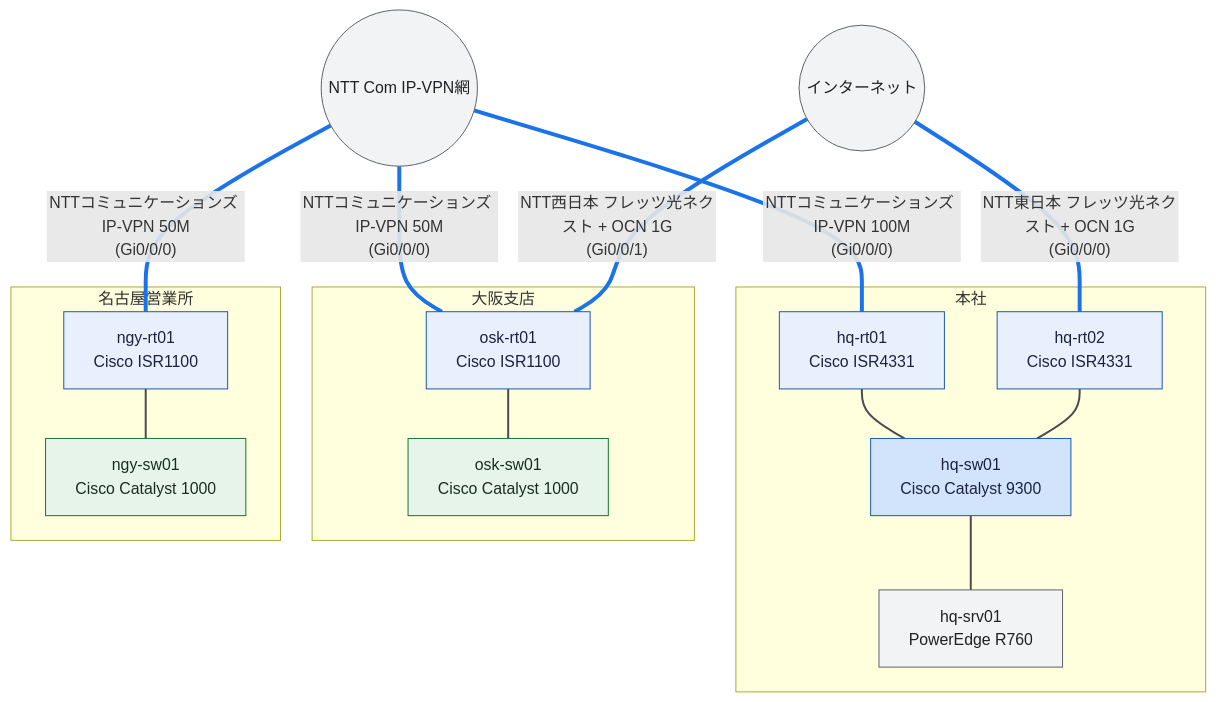
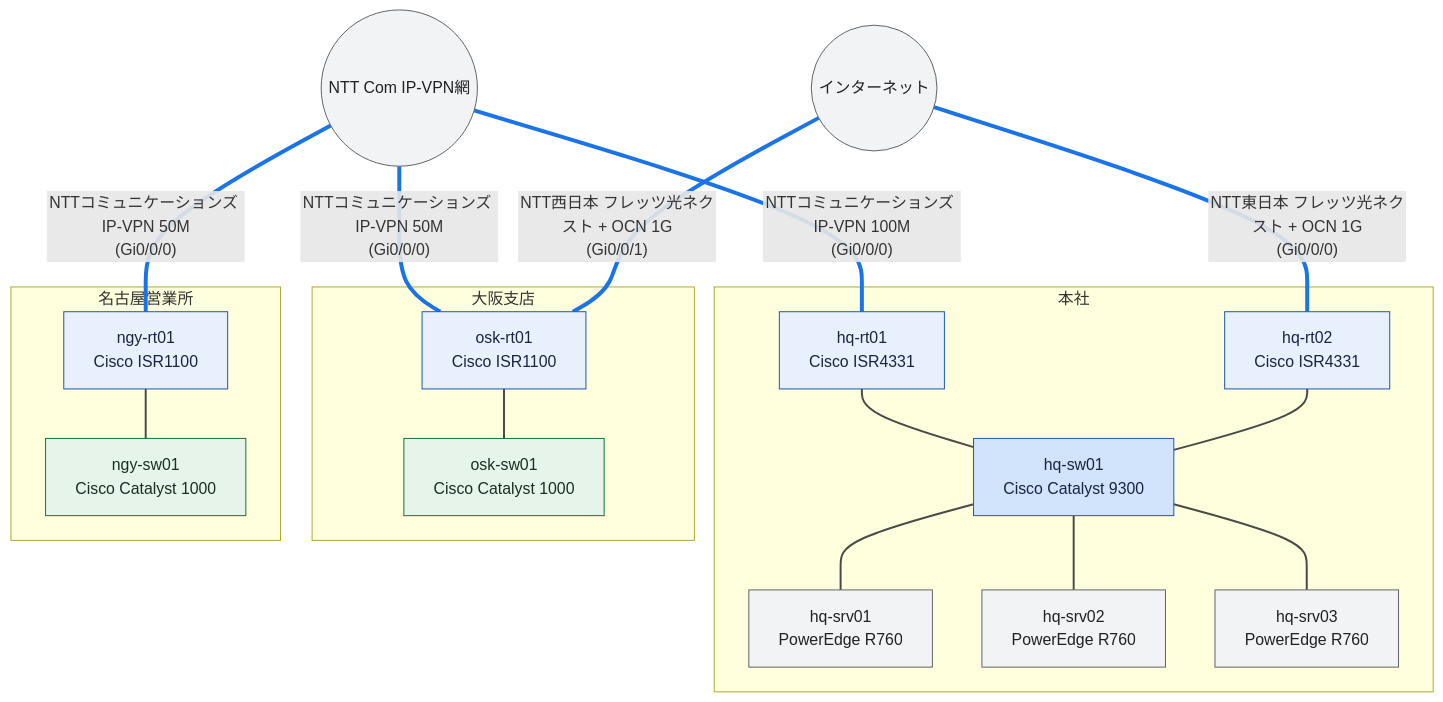
Before and after one commit to thinas1115/nwdsl: the diagram in examples/sample-corp/generated/physical-all.mmd, drawn with Mermaid. The commit also changed 25 other files, not shown here.

```diff
--- a/examples/sample-corp/generated/physical-all.mmd
+++ b/examples/sample-corp/generated/physical-all.mmd
@@ -1,46 +1,50 @@
 flowchart TB
   subgraph sg_hq["本社"]
     hq_rt01["hq-rt01<br>Cisco ISR4331"]
     hq_sw01["hq-sw01<br>Cisco Catalyst 9300"]
     hq_rt02["hq-rt02<br>Cisco ISR4331"]
     hq_srv01["hq-srv01<br>PowerEdge R760"]
+    hq_srv02["hq-srv02<br>PowerEdge R760"]
+    hq_srv03["hq-srv03<br>PowerEdge R760"]
   end
   subgraph sg_osk["大阪支店"]
     osk_rt01["osk-rt01<br>Cisco ISR1100"]
     osk_sw01["osk-sw01<br>Cisco Catalyst 1000"]
   end
   subgraph sg_ngy["名古屋営業所"]
     ngy_rt01["ngy-rt01<br>Cisco ISR1100"]
     ngy_sw01["ngy-sw01<br>Cisco Catalyst 1000"]
   end
   ipvpn(("NTT Com IP-VPN網"))
   internet(("インターネット"))
   hq_rt01 --- hq_sw01
   hq_rt02 --- hq_sw01
   osk_rt01 --- osk_sw01
   ngy_rt01 --- ngy_sw01
   hq_sw01 --- hq_srv01
+  hq_sw01 --- hq_srv02
+  hq_sw01 --- hq_srv03
   ipvpn ---|"NTTコミュニケーションズ IP-VPN 100M<br>(Gi0/0/0)"| hq_rt01
   ipvpn ---|"NTTコミュニケーションズ IP-VPN 50M<br>(Gi0/0/0)"| osk_rt01
   ipvpn ---|"NTTコミュニケーションズ IP-VPN 50M<br>(Gi0/0/0)"| ngy_rt01
   internet ---|"NTT東日本 フレッツ光ネクスト + OCN 1G<br>(Gi0/0/0)"| hq_rt02
   internet ---|"NTT西日本 フレッツ光ネクスト + OCN 1G<br>(Gi0/0/1)"| osk_rt01
 
   classDef node_dim fill:#f8f9fa,stroke:#dadce0,color:#bdc1c6
   classDef node_failed fill:#fce8e6,stroke:#c5221f,color:#3c1a19
   classDef role_router fill:#e8f0fe,stroke:#1a56b0,color:#1a2340
   classDef role_l3switch fill:#d2e3fc,stroke:#1a56b0,color:#1a2340
   classDef role_l2switch fill:#e6f4ea,stroke:#137333,color:#1a2e1f
   classDef role_firewall fill:#fce8e6,stroke:#c5221f,color:#3c1a19
   classDef role_other fill:#f1f3f4,stroke:#5f6368,color:#202124
   classDef node_cloud fill:#f1f3f4,stroke:#5f6368,color:#202124
   classDef node_site fill:#fff8e1,stroke:#b58105,color:#4a3a08
   classDef node_segment fill:#e2f5f0,stroke:#0f766e,color:#0b3d38
   classDef node_external fill:#ffffff,stroke:#9aa0a6,stroke-dasharray:3 3,color:#5f6368
   class hq_rt01,hq_rt02,osk_rt01,ngy_rt01 role_router
   class hq_sw01 role_l3switch
   class osk_sw01,ngy_sw01 role_l2switch
-  class hq_srv01 role_other
+  class hq_srv01,hq_srv02,hq_srv03 role_other
   class ipvpn,internet node_cloud
-  linkStyle 0,1,2,3,4 stroke:#4a4a4a,stroke-width:2px
-  linkStyle 5,6,7,8,9 stroke:#1a73e8,stroke-width:4px
+  linkStyle 0,1,2,3,4,5,6 stroke:#4a4a4a,stroke-width:2px
+  linkStyle 7,8,9,10,11 stroke:#1a73e8,stroke-width:4px
```
